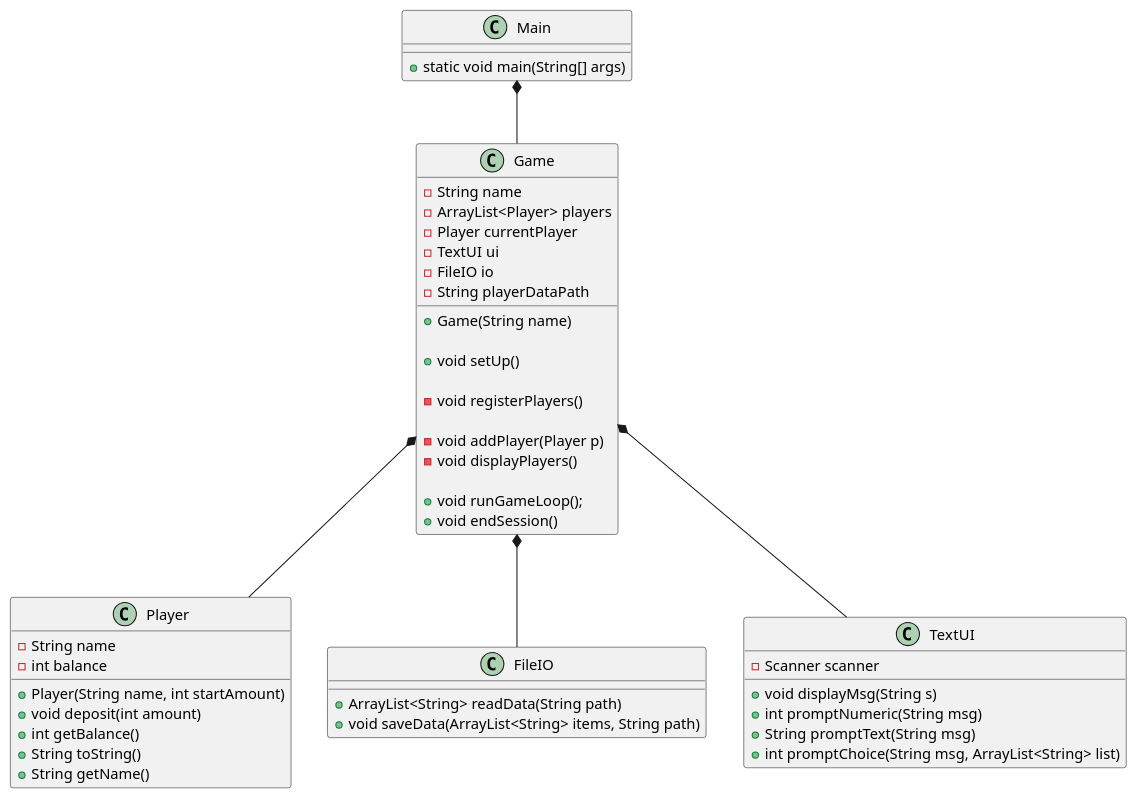
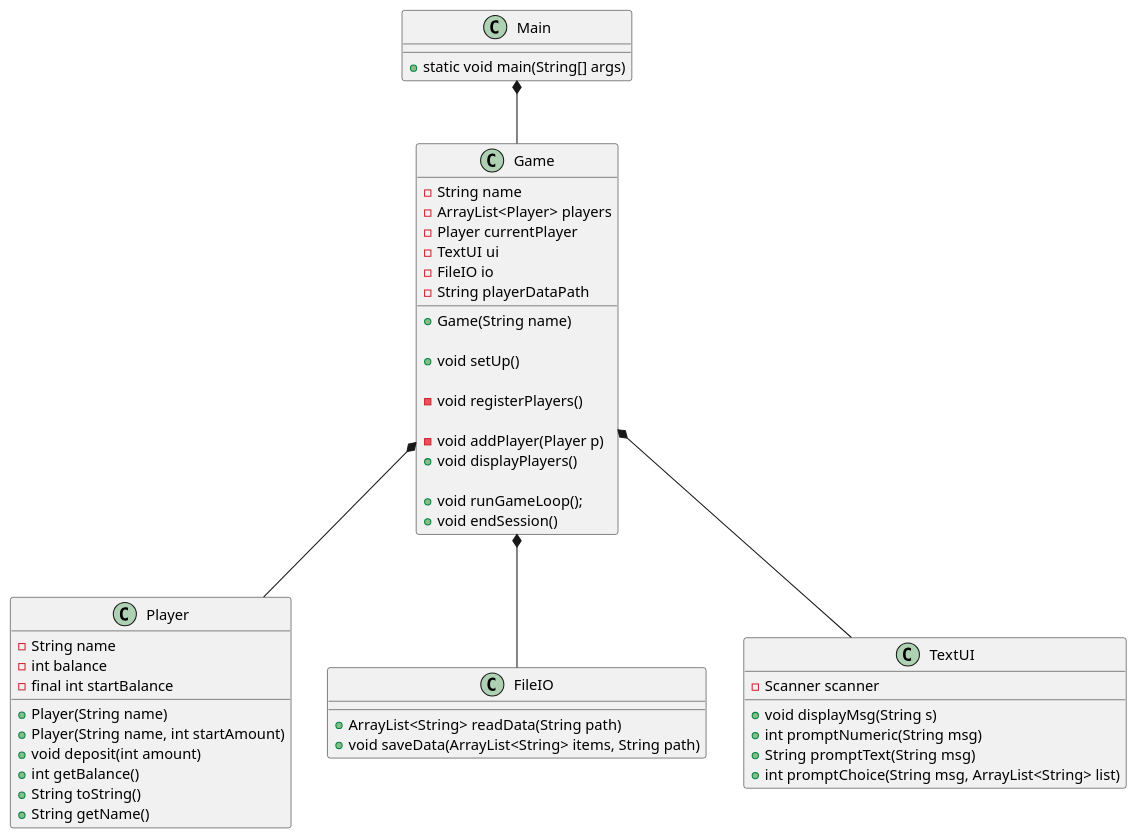
One commit to Dat1Cphbusiness/MonopolyE24 changed the diagram in doc/Plan/static/classdiagram_v0.puml. Above: the diagram before and after it, drawn with PlantUML. The commit also changed 5 other files, not shown here.

```diff
--- a/doc/Plan/static/classdiagram_v0.puml
+++ b/doc/Plan/static/classdiagram_v0.puml
@@ -1,60 +1,62 @@
 @startuml
 class Main{
 + static void main(String[] args)
 }
 
 class Game{
  - String name
  - ArrayList<Player> players
  - Player currentPlayer
  - TextUI ui
  - FileIO io
  - String playerDataPath
  + Game(String name)
 
  ' gamedataload, object creation, option to start new game
  + void setUp()
 
  'object creation with UI
   - void registerPlayers()
 
   - void addPlayer(Player p)
-  - void displayPlayers()
+  + void displayPlayers()
 
  'new: we need a loop to manage each players' turn during the life cycle of the game
  + void runGameLoop();
  + void endSession()
 
 }
 
 class Player{
 - String name
 - int balance
+- final int startBalance
++ Player(String name)
 + Player(String name, int startAmount)
 + void deposit(int amount)
 + int getBalance()
 + String toString()
 + String getName()
 
 }
 class FileIO{
 + ArrayList<String> readData(String path)
 + void saveData(ArrayList<String> items, String path)
 }
 
 class TextUI{
 - Scanner scanner
 + void displayMsg(String s)
 + int promptNumeric(String msg)
 + String promptText(String msg)
 + int promptChoice(String msg, ArrayList<String> list)
 
 
 }
 
 Game *-- TextUI
 Main *-- Game
 Game *-- Player
 Game *-- FileIO
 
 @enduml
```
